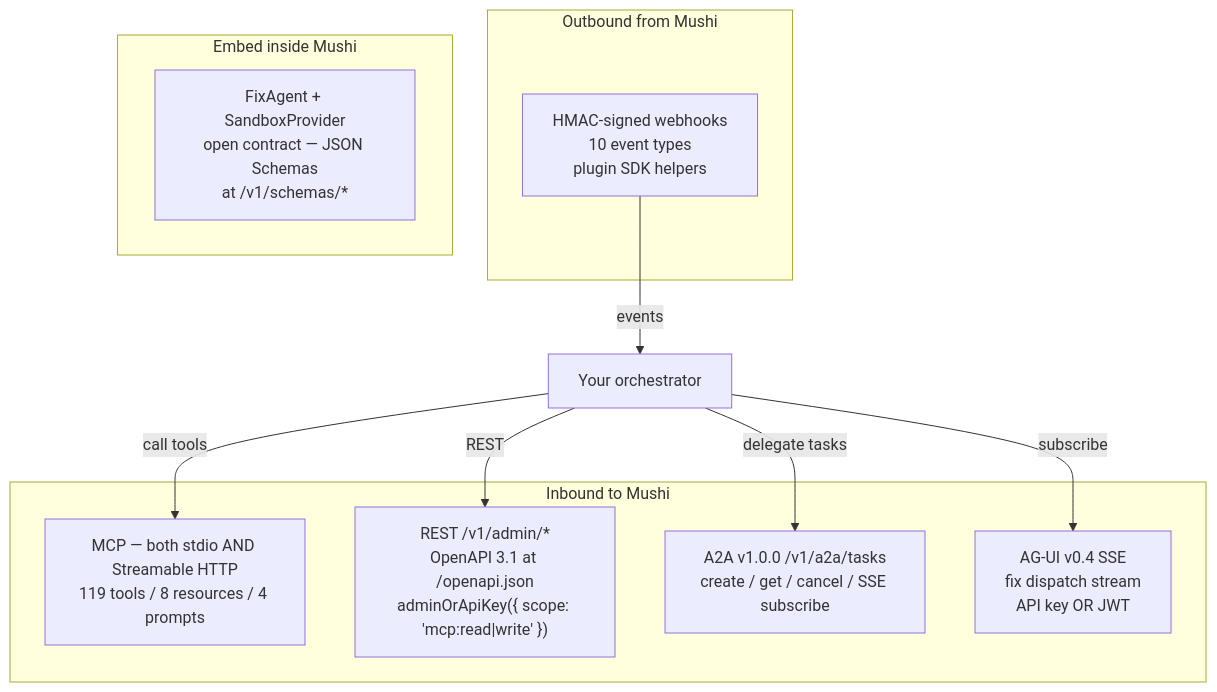
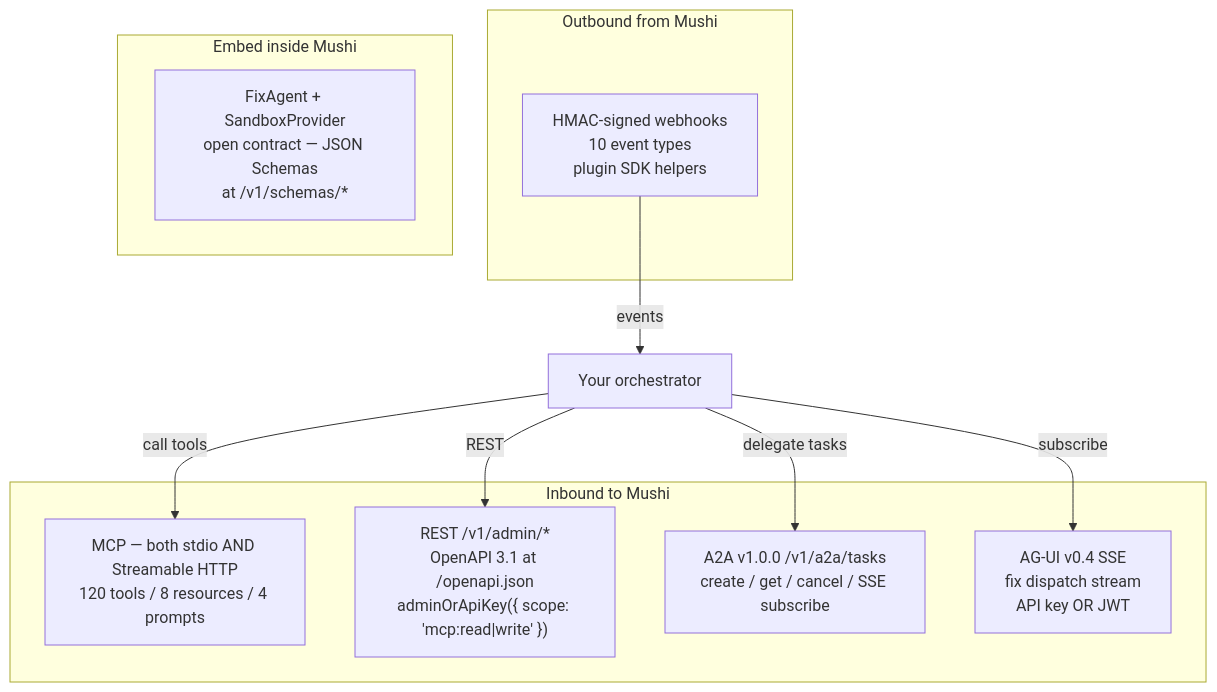
The diagram in apps/docs/content/concepts/orchestrator-interop.mdx (kensaurus/mushi-mushi), drawn with Mermaid before and after one commit. The commit also changed other lines of this file and 22 other files, not shown here.

````diff
--- a/apps/docs/content/concepts/orchestrator-interop.mdx
+++ b/apps/docs/content/concepts/orchestrator-interop.mdx
@@ -32,20 +32,20 @@
 ```mermaid
 flowchart TB
   subgraph Inbound["Inbound to Mushi"]
-    MCP["MCP — both stdio AND Streamable HTTP<br/>119 tools / 8 resources / 4 prompts"]
+    MCP["MCP — both stdio AND Streamable HTTP<br/>120 tools / 8 resources / 4 prompts"]
     REST["REST /v1/admin/*<br/>OpenAPI 3.1 at /openapi.json<br/>adminOrApiKey({ scope: 'mcp:read|write' })"]
     A2A["A2A v1.0.0 /v1/a2a/tasks<br/>create / get / cancel / SSE subscribe"]
     AGUI["AG-UI v0.4 SSE<br/>fix dispatch stream<br/>API key OR JWT"]
   end
   subgraph Outbound["Outbound from Mushi"]
     Hooks["HMAC-signed webhooks<br/>10 event types<br/>plugin SDK helpers"]
   end
   subgraph Native["Embed inside Mushi"]
     FA["FixAgent + SandboxProvider<br/>open contract — JSON Schemas<br/>at /v1/schemas/*"]
   end
   Orch["Your orchestrator"] -->|"call tools"| MCP
   Orch -->|"REST"| REST
   Orch -->|"delegate tasks"| A2A
   Orch -->|"subscribe"| AGUI
   Hooks -->|"events"| Orch
 ```
````
